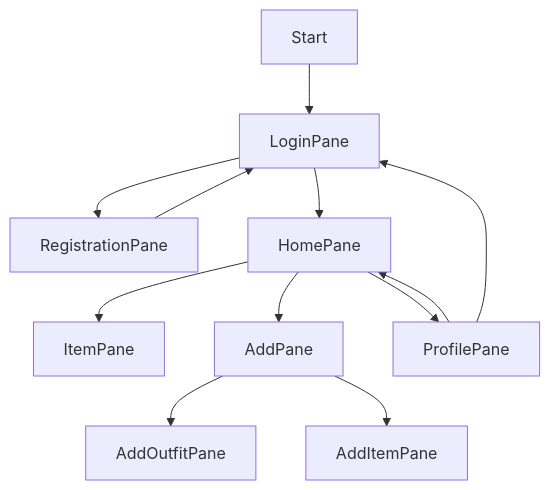
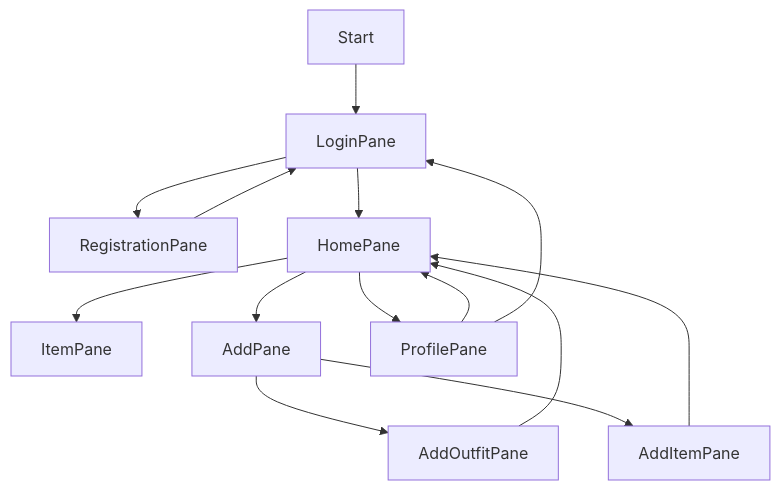
The first of 4 diagrams in README.md (Programming-Project-2021-22/course-project-irenejosephine), drawn with Mermaid before and after one commit.

````diff
--- a/README.md
+++ b/README.md
@@ -44,14 +44,16 @@
 ```mermaid
 graph TD;
   Start-->LoginPane;
   LoginPane-->RegistrationPane;
   RegistrationPane-->LoginPane;
   LoginPane-->HomePane;
   HomePane-->ItemPane;
   HomePane-->AddPane;
   AddPane-->AddOutfitPane;
+  AddOutfitPane-->HomePane;
   AddPane-->AddItemPane;
+  AddItemPane-->HomePane;
   HomePane-->ProfilePane;
   ProfilePane-->HomePane;
   ProfilePane-->LoginPane;
 ```
````
